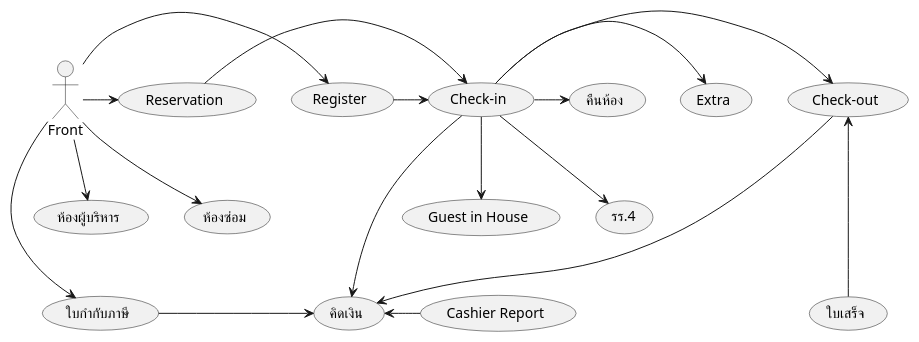
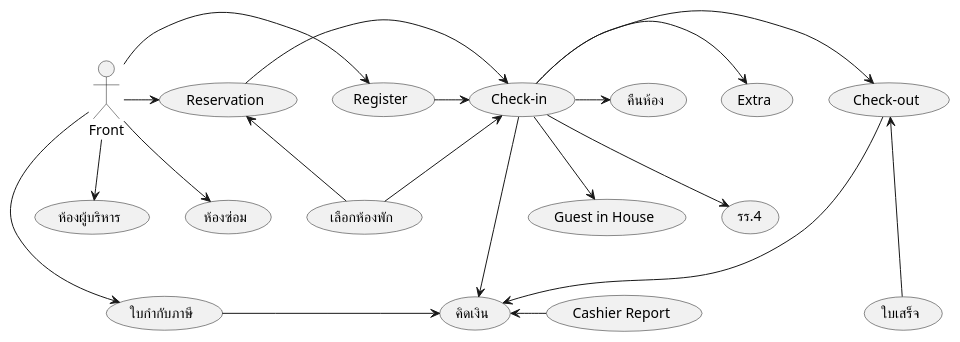
The diagram in usecase-diagram/front.md (cheat13/Prompiman_Diagram), drawn with PlantUML before and after one commit.

Commit message:
add rooms

```diff
--- a/usecase-diagram/front.md
+++ b/usecase-diagram/front.md
@@ -1,37 +1,40 @@
 @startuml
 
 :Front: as user
 (Register) as (regis)
 (Check-in)
 (Check-out)
 (Extra)
 (Reservation) as (booking)
 (ห้องผู้บริหาร)
 (ห้องซ่อม)
+(เลือกห้องพัก) as (rooms)
 (Guest in House) as (guest)
 (รร.4)
 (Cashier Report) as (report)
 (ใบกำกับภาษี)
 (ใบเสร็จ)
 (คิดเงิน)
 (คืนห้อง)
 
 user -> (regis)
 (regis) -> (Check-in)
 (Check-in) -> (Check-out)
 (Check-in) -> (Extra)
 (Check-in) -> (คืนห้อง)
 user -> (booking)
 (booking) -> (Check-in)
 user --> (ห้องผู้บริหาร)
 user --> (ห้องซ่อม)
 (Check-in) --> (guest)
 (Check-in) --> (รร.4)
 (คิดเงิน) <- (report)
 user ---> (ใบกำกับภาษี)
 (Check-out) <--- (ใบเสร็จ)
 (Check-in) -> (คิดเงิน)
 (Check-out) -> (คิดเงิน)
 (ใบกำกับภาษี) -> (คิดเงิน)
+(Check-in) <-- (rooms)
+(booking) <-- (rooms)
 
 @enduml
```
